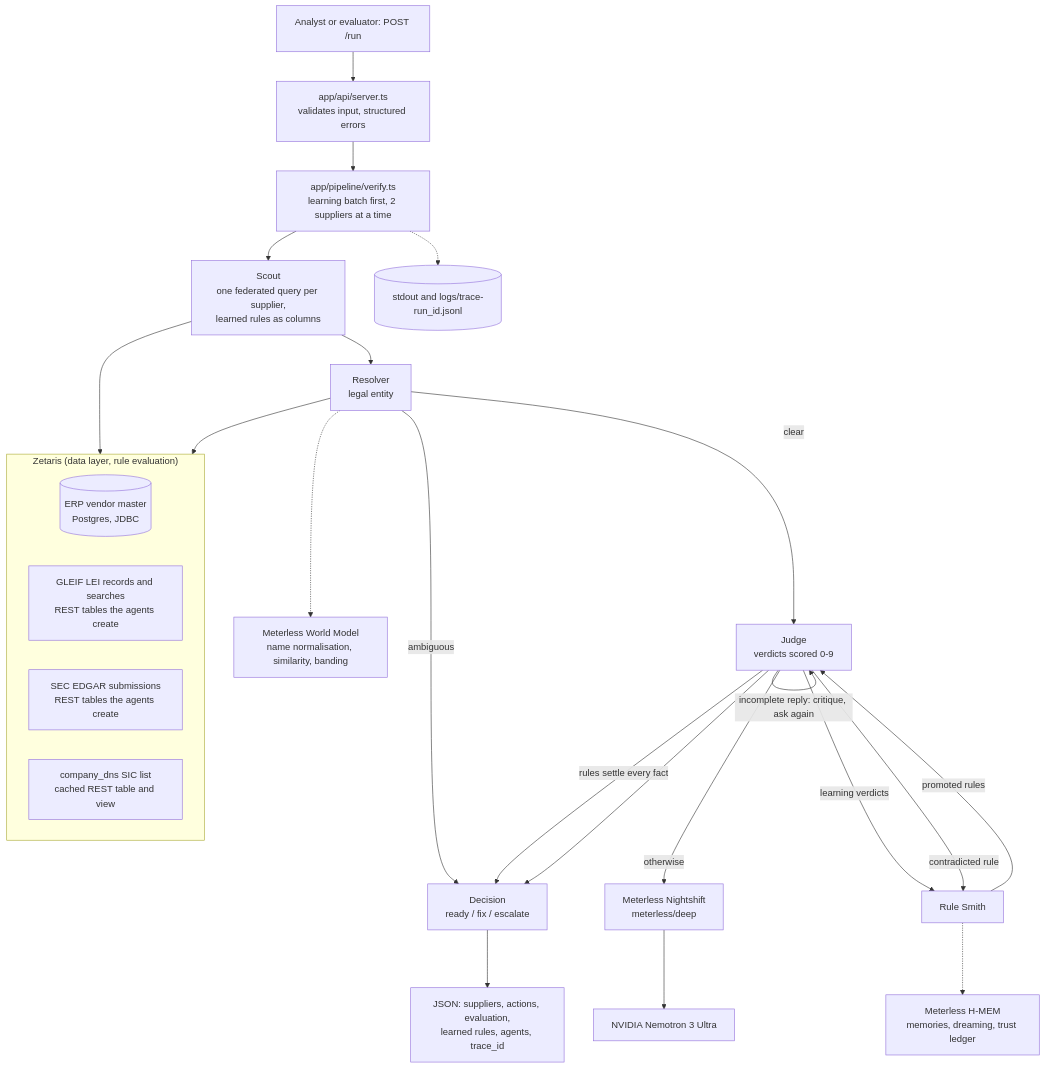
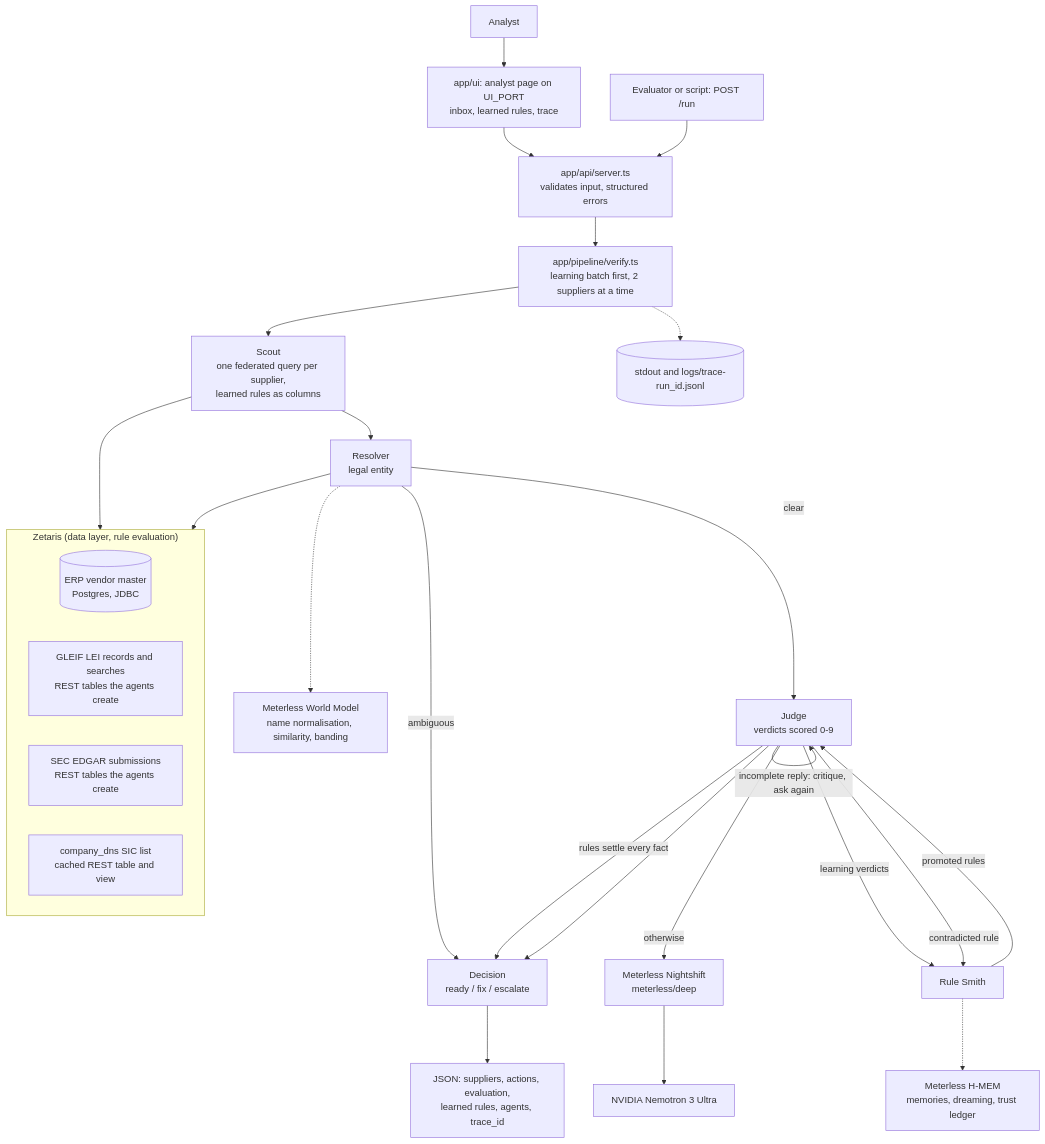
The diagram in README.md (Vitalisn4/provenance), drawn with Mermaid before and after one commit. The commit also changed other lines of this file and 20 other files, not shown here.

Commit message:
Add the analyst page on a port of its own

````diff
--- a/README.md
+++ b/README.md
@@ -141,29 +141,31 @@
 ```mermaid
 flowchart TD
-    Client["Analyst or evaluator: POST /run"] --> API["app/api/server.ts<br/>validates input, structured errors"]
+    Analyst["Analyst"] --> Page["app/ui: analyst page on UI_PORT<br/>inbox, learned rules, trace"]
+    Page --> API
+    Client["Evaluator or script: POST /run"] --> API["app/api/server.ts<br/>validates input, structured errors"]
     API --> Pipeline["app/pipeline/verify.ts<br/>learning batch first, 2 suppliers at a time"]
     Pipeline --> Scout
     subgraph Zetaris["Zetaris (data layer, rule evaluation)"]
         ERP[("ERP vendor master<br/>Postgres, JDBC")]
         GLEIF["GLEIF LEI records and searches<br/>REST tables the agents create"]
         EDGAR["SEC EDGAR submissions<br/>REST tables the agents create"]
         SIC["company_dns SIC list<br/>cached REST table and view"]
     end
     Scout["Scout<br/>one federated query per supplier,<br/>learned rules as columns"] --> Zetaris
     Scout --> Resolver["Resolver<br/>legal entity"]
     Resolver --> Zetaris
     Resolver -.-> WM["Meterless World Model<br/>name normalisation, similarity, banding"]
     Resolver -- "ambiguous" --> Decision
     Resolver -- "clear" --> Judge["Judge<br/>verdicts scored 0-9"]
     Judge -- "rules settle every fact" --> Decision
     Judge -- "otherwise" --> NS["Meterless Nightshift<br/>meterless/deep"]
     NS --> Ultra["NVIDIA Nemotron 3 Ultra"]
     Judge -- "incomplete reply: critique, ask again" --> Judge
     Judge --> Decision["Decision<br/>ready / fix / escalate"]
     Judge -- "learning verdicts" --> Smith["Rule Smith"]
     Smith -.-> HMEM["Meterless H-MEM<br/>memories, dreaming, trust ledger"]
     Smith -- "promoted rules" --> Judge
     Judge -- "contradicted rule" --> Smith
     Decision --> Response["JSON: suppliers, actions, evaluation,<br/>learned rules, agents, trace_id"]
     Pipeline -.-> Logs[("stdout and logs/trace-run_id.jsonl")]
 ```
````
